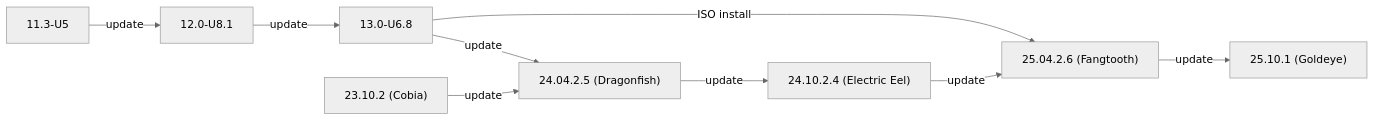
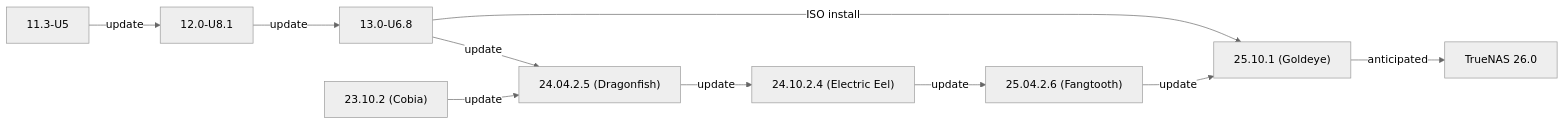
Before and after one commit to truenas/documentation: the second of 2 diagrams in static/includes/SCALEUpgradePaths.md, drawn with Mermaid (neutral theme). The commit also changed other lines of this file and 23 other files, not shown here.

```diff
--- a/static/includes/SCALEUpgradePaths.md
+++ b/static/includes/SCALEUpgradePaths.md
@@ -239,12 +53,13 @@
             {{< mermaid class="mermaid_sizing" >}}
             flowchart LR
               A["11.3-U5"] -->|update| B
               B["12.0-U8.1"] -->|update| C
-              C["13.0-U6.8"] -->|ISO install| G
+              C["13.0-U6.8"] -->|ISO install| H
               C -->|update| E
               D["23.10.2 (Cobia)"] -->|update| E
               E["24.04.2.5 (Dragonfish)"]  -->|update| F
               F["24.10.2.4 (Electric Eel)"] -->|update| G
               G["25.04.2.6 (Fangtooth)"] -->|update| H
-              H["25.10.1 (Goldeye)"]
+              H["25.10.1 (Goldeye)"] -->|"anticipated"| I
+              I["TrueNAS 26.0"]
             {{< /mermaid >}}
```
